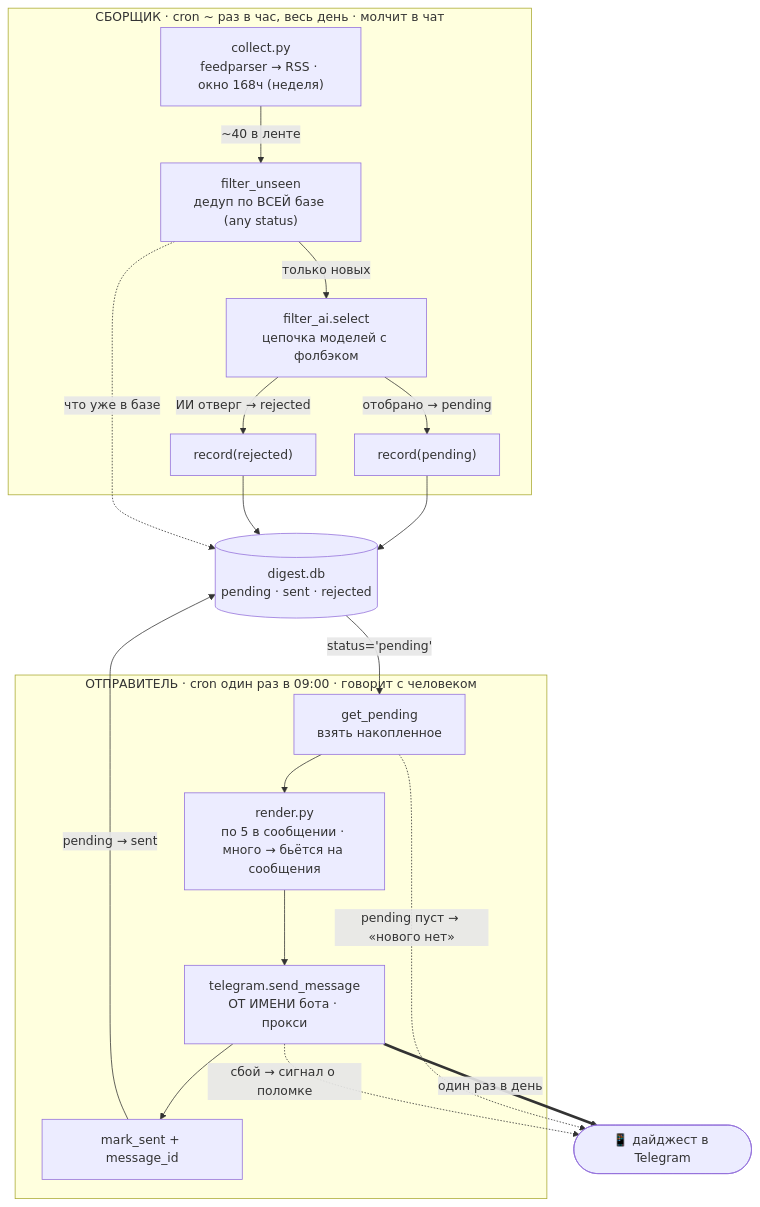
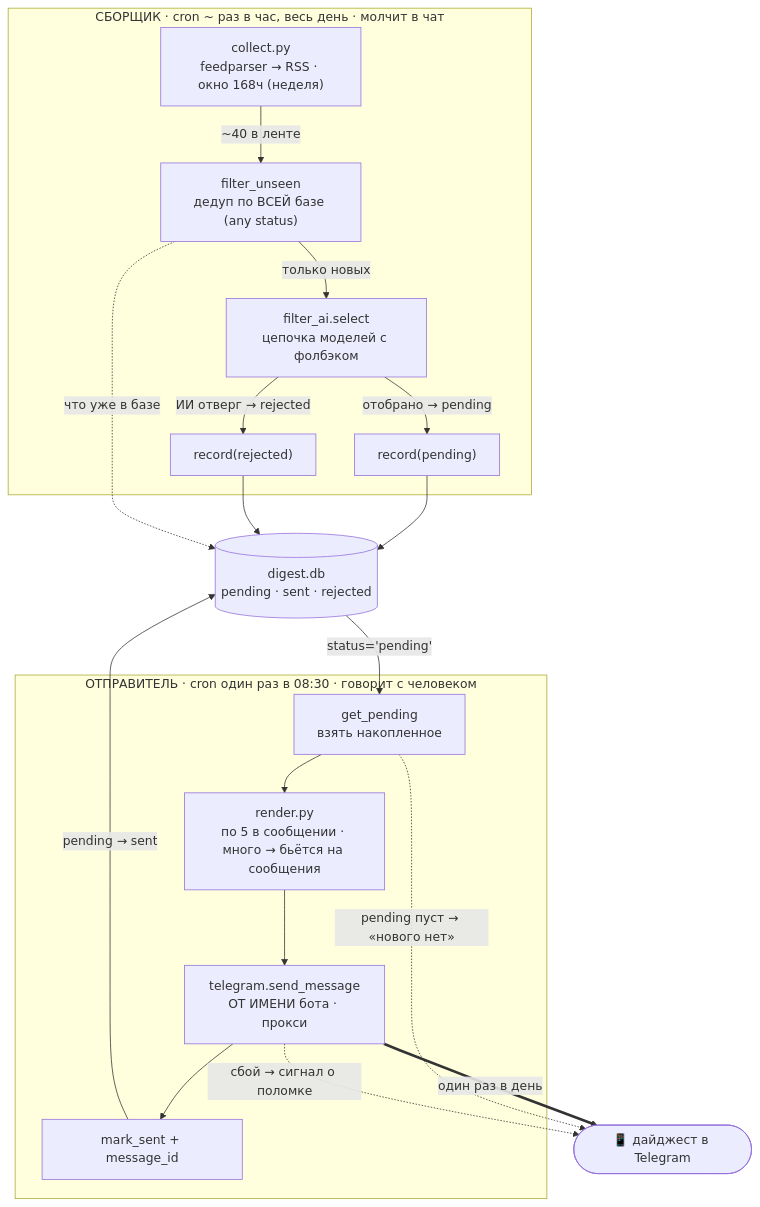
One commit to vladburba/svc-digest changed the first of 2 diagrams in СХЕМА.md. Above: the diagram before and after it, drawn with Mermaid. The commit also changed other lines of this file and 4 other files, not shown here.

````diff
--- a/СХЕМА.md
+++ b/СХЕМА.md
@@ -11,29 +11,29 @@
 ```mermaid
 flowchart TB
     subgraph СБОРЩИК["СБОРЩИК · cron ~ раз в час, весь день · молчит в чат"]
         C1["collect.py<br/>feedparser → RSS · окно 168ч (неделя)"]
         C2["filter_unseen<br/>дедуп по ВСЕЙ базе (any status)"]
         C3["filter_ai.select<br/>цепочка моделей с фолбэком"]
         C1 -->|"~40 в ленте"| C2 -->|"только новых"| C3
         C3 -->|"отобрано → pending"| WP["record(pending)"]
         C3 -->|"ИИ отверг → rejected"| WR["record(rejected)"]
     end
 
     DB[("digest.db<br/>pending · sent · rejected")]
     WP --> DB
     WR --> DB
     C2 -.->|"что уже в базе"| DB
 
-    subgraph ОТПРАВИТЕЛЬ["ОТПРАВИТЕЛЬ · cron один раз в 09:00 · говорит с человеком"]
+    subgraph ОТПРАВИТЕЛЬ["ОТПРАВИТЕЛЬ · cron один раз в 08:30 · говорит с человеком"]
         S1["get_pending<br/>взять накопленное"]
         S2["render.py<br/>по 5 в сообщении · много → бьётся на сообщения"]
         S3["telegram.send_message<br/>ОТ ИМЕНИ бота · прокси"]
         S4["mark_sent + message_id"]
         S1 --> S2 --> S3 --> S4
     end
     DB -->|"status='pending'"| S1
     S4 -->|"pending → sent"| DB
     S3 ==>|"один раз в день"| TG([📱 дайджест в Telegram])
     S1 -.->|"pending пуст → «нового нет»"| TG
     S3 -.->|"сбой → сигнал о поломке"| TG
 ```
````
